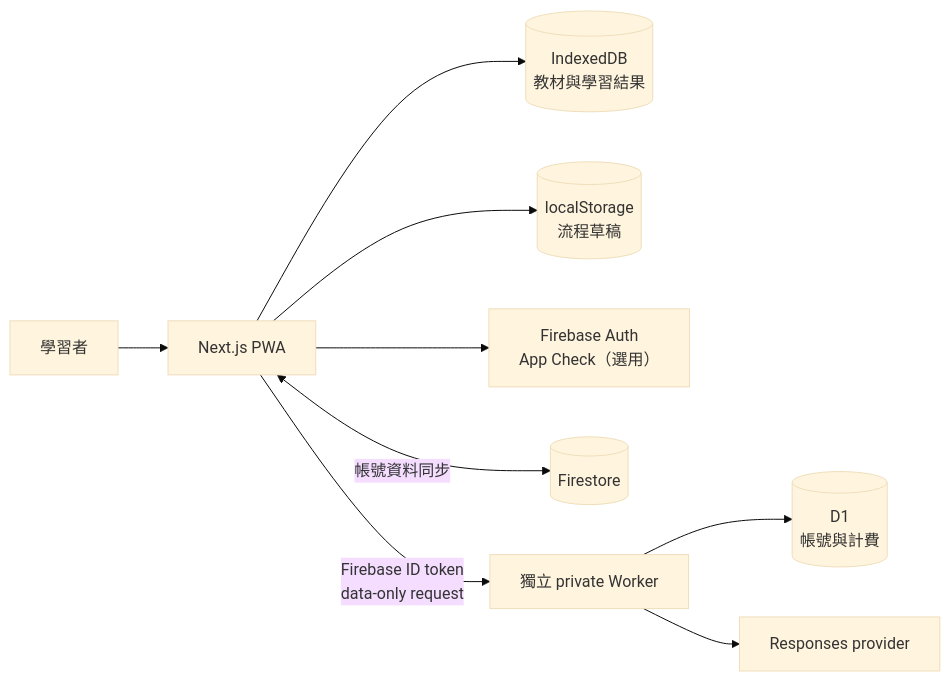
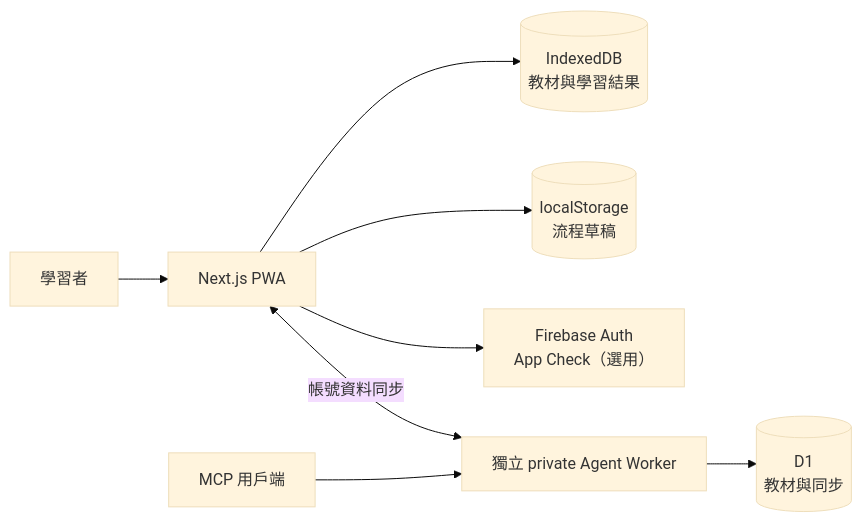
Before and after one commit to tavricccc/lexiro: the diagram in README.md, drawn with Mermaid (base theme). The commit also changed other lines of this file and 21 other files, not shown here.

````diff
--- a/README.md
+++ b/README.md
@@ -21,11 +22,10 @@
 ```mermaid
 flowchart LR
     U[學習者] --> PWA[Next.js PWA]
     PWA --> IDB[(IndexedDB<br/>教材與學習結果)]
     PWA --> Draft[(localStorage<br/>流程草稿)]
     PWA --> Auth[Firebase Auth<br/>App Check（選用）]
-    PWA <-->|帳號資料同步| FS[(Firestore)]
-    PWA -->|Firebase ID token<br/>data-only request| W[獨立 private Worker]
-    W --> D1[(D1<br/>帳號與計費)]
-    W --> Provider[Responses provider]
+    PWA <-->|帳號資料同步| W[獨立 private Agent Worker]
+    MCP[MCP 用戶端] --> W
+    W --> D1[(D1<br/>教材與同步)]
 ```
````
